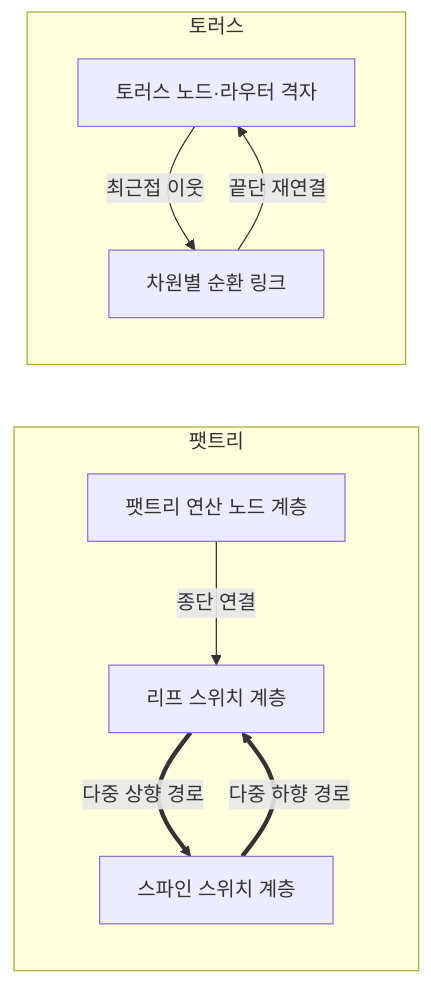
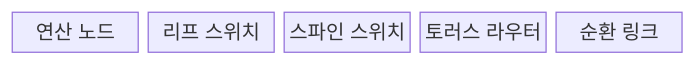
One commit to agnusdei1207/knowledge-base changed the first of 2 diagrams in src/content/docs/notes/02-hardware/094_interconnect_topology_fat_tree_torus.md. Above: the diagram before and after it, drawn with Mermaid. The commit also changed other lines of this file and 20 other files, not shown here.

````diff
--- a/src/content/docs/notes/02-hardware/094_interconnect_topology_fat_tree_torus.md
+++ b/src/content/docs/notes/02-hardware/094_interconnect_topology_fat_tree_torus.md
@@ -72,17 +70,9 @@
 ```mermaid
-flowchart LR
-    subgraph F["팻트리"]
-        FN["팻트리 연산 노드 계층"]
-        FL["리프 스위치 계층"]
-        FS["스파인 스위치 계층"]
-        FN -->|종단 연결| FL
-        FL ==>|다중 상향 경로| FS
-        FS ==>|다중 하향 경로| FL
-    end
-    subgraph T["토러스"]
-        TN["토러스 노드·라우터 격자"]
-        TL["차원별 순환 링크"]
-        TN -->|최근접 이웃| TL
-        TL -->|끝단 재연결| TN
-    end
+block
+  columns 5
+  N["연산 노드"]
+  L["리프 스위치"]
+  S["스파인 스위치"]
+  R["토러스 라우터"]
+  C["순환 링크"]
 ```
````
